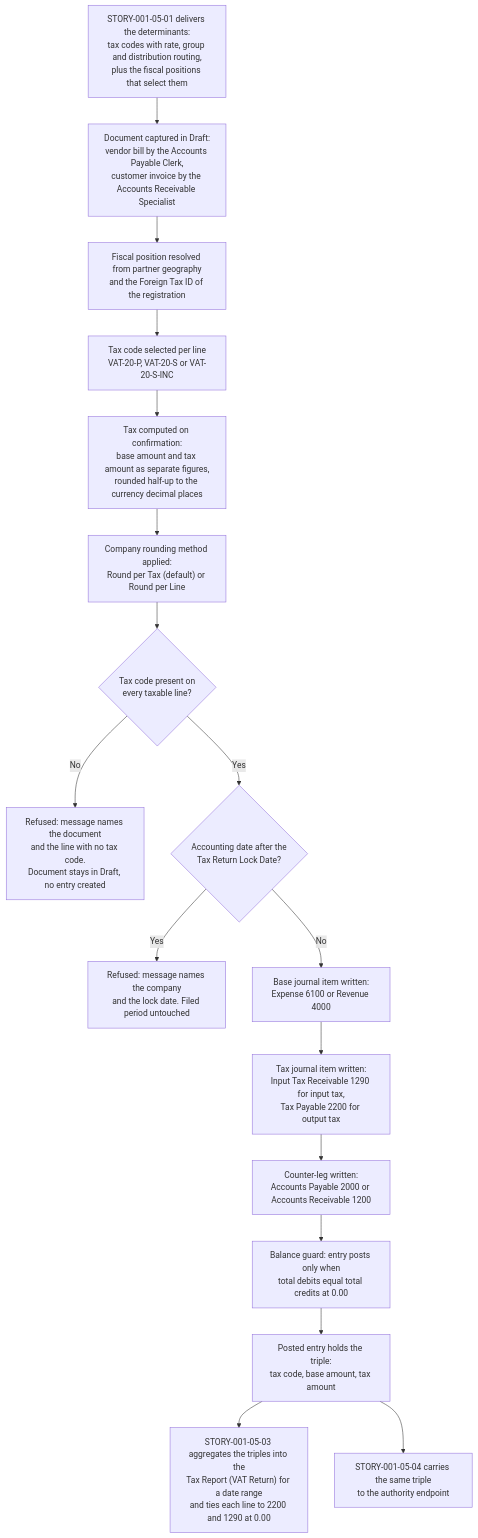
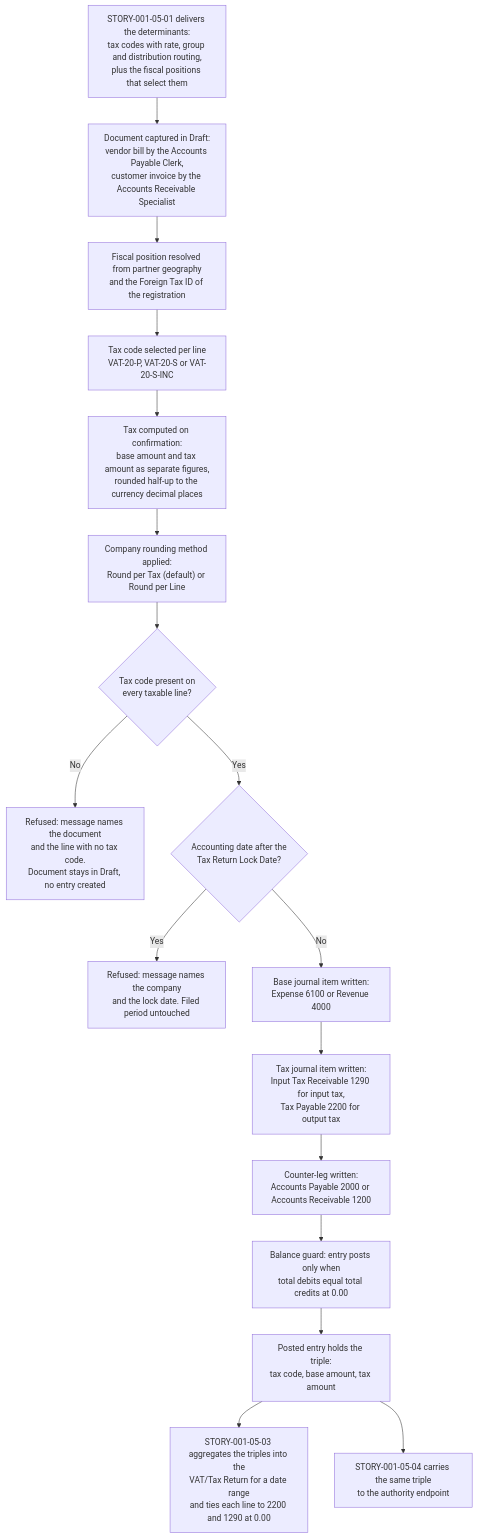
The diagram in tickets/EPIC-001/FEATURE-001-05/STORY-001-05-02-compute-transaction-tax.md (Blitzy-Sandbox/blitzy-odoo), drawn with Mermaid before and after one commit. The commit also changed other lines of this file and 117 other files, not shown here.

````diff
--- a/tickets/EPIC-001/FEATURE-001-05/STORY-001-05-02-compute-transaction-tax.md
+++ b/tickets/EPIC-001/FEATURE-001-05/STORY-001-05-02-compute-transaction-tax.md
@@ -369,37 +369,37 @@
 ```mermaid
 graph TD
     A["STORY-001-05-01 delivers the determinants:<br/>tax codes with rate, group and distribution routing,<br/>plus the fiscal positions that select them"]
     B["Document captured in Draft:<br/>vendor bill by the Accounts Payable Clerk,<br/>customer invoice by the Accounts Receivable Specialist"]
     C["Fiscal position resolved from partner geography<br/>and the Foreign Tax ID of the registration"]
     D["Tax code selected per line<br/>VAT-20-P, VAT-20-S or VAT-20-S-INC"]
     E["Tax computed on confirmation:<br/>base amount and tax amount as separate figures,<br/>rounded half-up to the currency decimal places"]
     F["Company rounding method applied:<br/>Round per Tax (default) or Round per Line"]
     G{"Tax code present on<br/>every taxable line?"}
     H["Refused: message names the document<br/>and the line with no tax code.<br/>Document stays in Draft, no entry created"]
     I{"Accounting date after the<br/>Tax Return Lock Date?"}
     J["Refused: message names the company<br/>and the lock date. Filed period untouched"]
     K["Base journal item written:<br/>Expense 6100 or Revenue 4000"]
     L["Tax journal item written:<br/>Input Tax Receivable 1290 for input tax,<br/>Tax Payable 2200 for output tax"]
     M["Counter-leg written:<br/>Accounts Payable 2000 or Accounts Receivable 1200"]
     N["Balance guard: entry posts only when<br/>total debits equal total credits at 0.00"]
     O["Posted entry holds the triple:<br/>tax code, base amount, tax amount"]
-    P["STORY-001-05-03 aggregates the triples into the<br/>Tax Report (VAT Return) for a date range<br/>and ties each line to 2200 and 1290 at 0.00"]
+    P["STORY-001-05-03 aggregates the triples into the<br/>VAT/Tax Return for a date range<br/>and ties each line to 2200 and 1290 at 0.00"]
     Q["STORY-001-05-04 carries the same triple<br/>to the authority endpoint"]
 
     A --> B
     B --> C
     C --> D
     D --> E
     E --> F
     F --> G
     G -- No --> H
     G -- Yes --> I
     I -- Yes --> J
     I -- No --> K
     K --> L
     L --> M
     M --> N
     N --> O
     O --> P
     O --> Q
 ```
````
